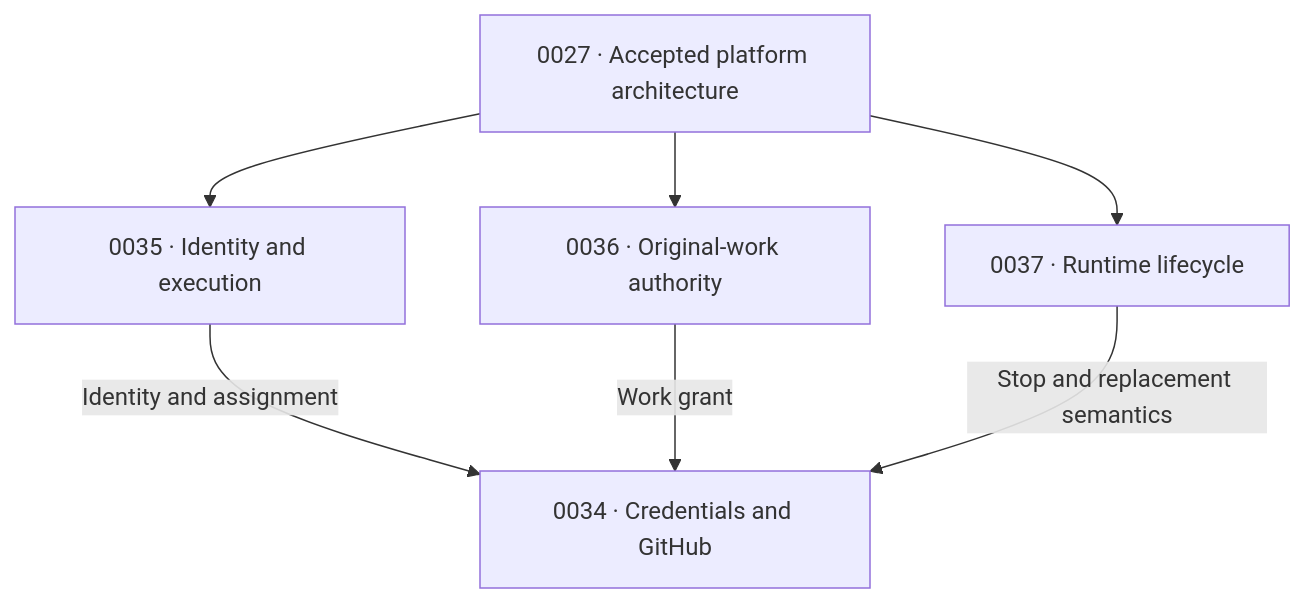
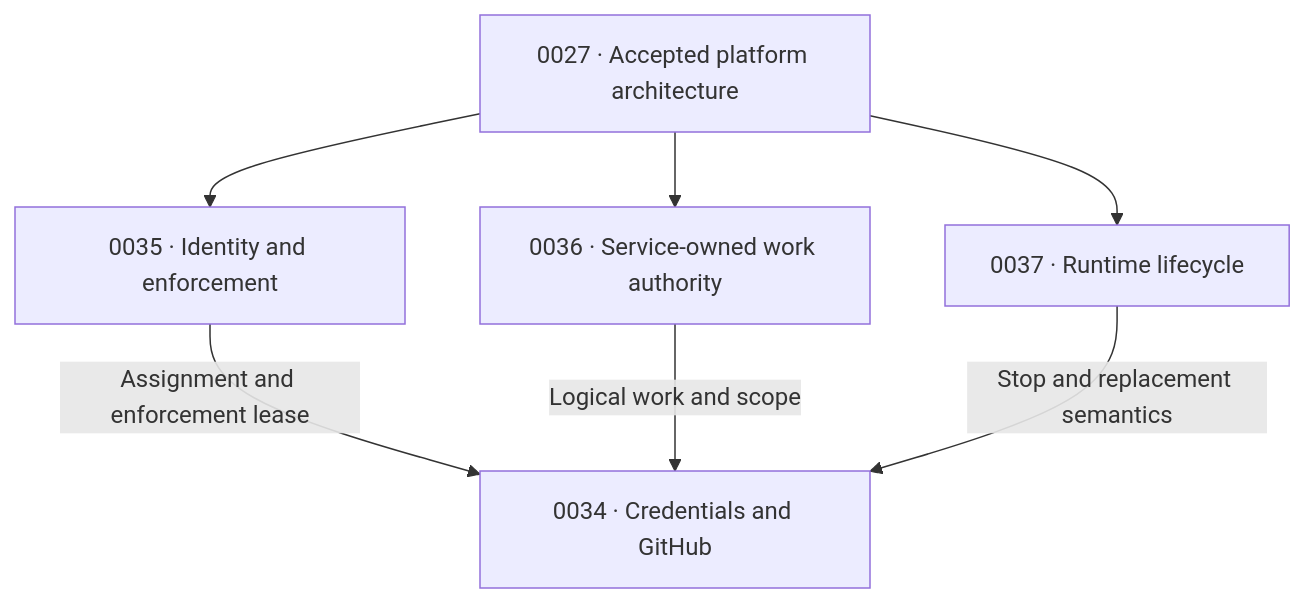
One commit to openclaw/rfcs changed the diagram in rfcs/0027/runtime-access-overview.md. Above: the diagram before and after it, drawn with Mermaid. The commit also changed other lines of this file and 4 other files, not shown here.

Commit message:
docs: align credential access with service-owned work

````diff
--- a/rfcs/0027/runtime-access-overview.md
+++ b/rfcs/0027/runtime-access-overview.md
@@ -14,14 +14,14 @@
 ```mermaid
 flowchart TB
     PLATFORM["0027 · Accepted platform architecture"]
-    ID["0035 · Identity and execution"]
-    WORK["0036 · Original-work authority"]
+    ID["0035 · Identity and enforcement"]
+    WORK["0036 · Service-owned work authority"]
     RUNTIME["0037 · Runtime lifecycle"]
     ACCESS["0034 · Credentials and GitHub"]
     PLATFORM --> ID
     PLATFORM --> WORK
     PLATFORM --> RUNTIME
-    ID -->|"Identity and assignment"| ACCESS
-    WORK -->|"Work grant"| ACCESS
+    ID -->|"Assignment and enforcement lease"| ACCESS
+    WORK -->|"Logical work and scope"| ACCESS
     RUNTIME -->|"Stop and replacement semantics"| ACCESS
 ```
````
